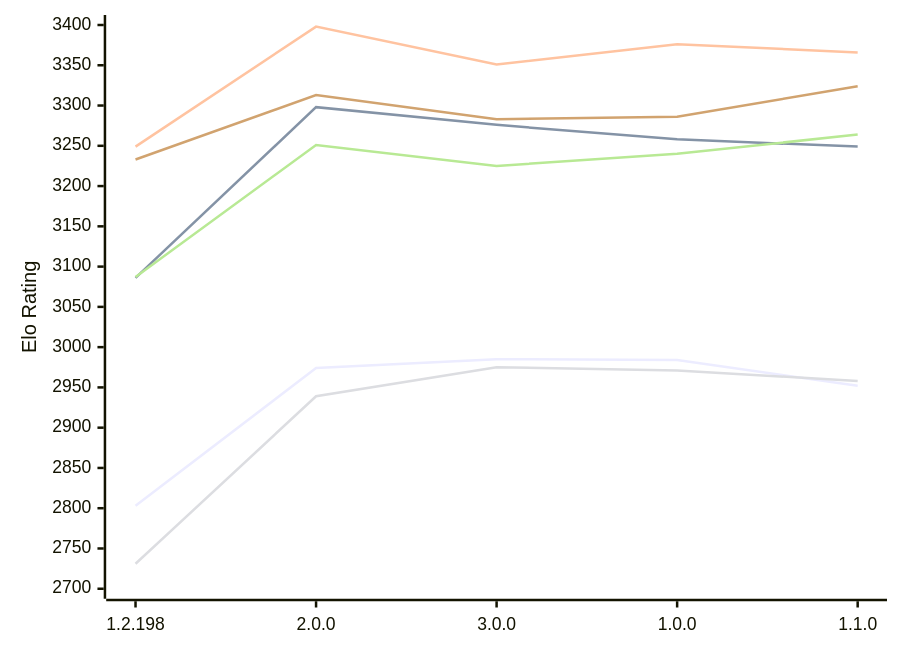
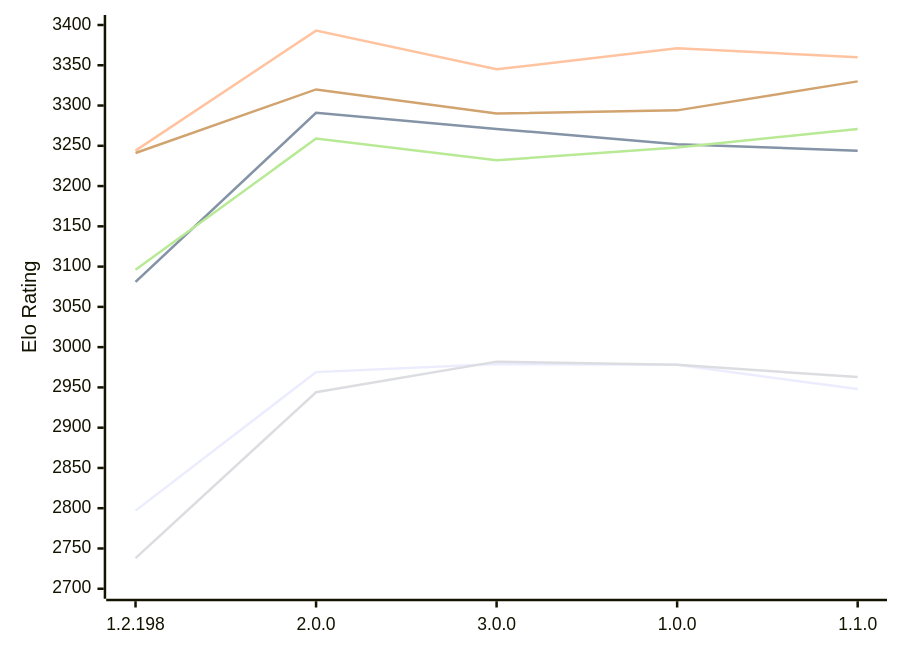
The diagram in engines/Trebuchet.md (computer-chess-index/cci), drawn with Mermaid before and after one commit. The commit also changed other lines of this file, not shown here.

Commit message:
Update CCI Ratings (ELO VLTC) - 2026-11-18

````diff
--- a/engines/Trebuchet.md
+++ b/engines/Trebuchet.md
@@ -55,12 +55,12 @@
 ```mermaid
 %%{init: {"theme":"base","themeVariables":{"seriesColors:['#a3a3a3','#222221','#faa371']}}}%%
 xychart-beta
   x-axis ["1.2.198", "2.0.0", "3.0.0", "1.0.0", "1.1.0"]
   y-axis "Elo Rating" 2700 --> 3400
-  line "E1: STC (8.0+0.08s)" [2803, 2974, 2985, 2984, 2952]
-  line "E1: LTC (60.0+0.60s)" [3086, 3298, 3276, 3258, 3249]
-  line "E1: VLTC (2m24s+1.12s)" [3249, 3398, 3351, 3376, 3366]
-  line "P1: STC (8.0+0.08s)" [2731, 2939, 2975, 2971, 2958]
-  line "P1: LTC (60.0+0.60s)" [3087, 3251, 3225, 3240, 3264]
-  line "P1: VLTC (2m24s+1.12s)" [3233, 3313, 3283, 3286, 3324]
+  line "E1: STC (8.0+0.08s)" [2797, 2969, 2979, 2978, 2948]
+  line "E1: LTC (60.0+0.60s)" [3081, 3291, 3271, 3252, 3244]
+  line "E1: VLTC (2m24s+1.12s)" [3244, 3393, 3345, 3371, 3360]
+  line "P1: STC (8.0+0.08s)" [2738, 2944, 2982, 2978, 2963]
+  line "P1: LTC (60.0+0.60s)" [3096, 3259, 3232, 3248, 3271]
+  line "P1: VLTC (2m24s+1.12s)" [3241, 3320, 3290, 3294, 3330]
 ```
````
